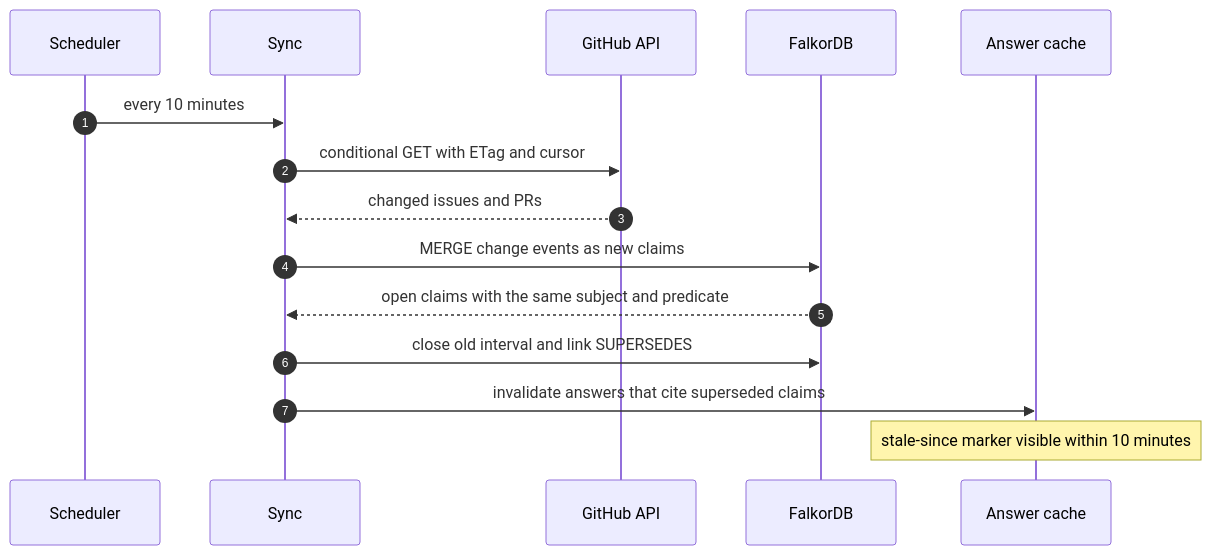
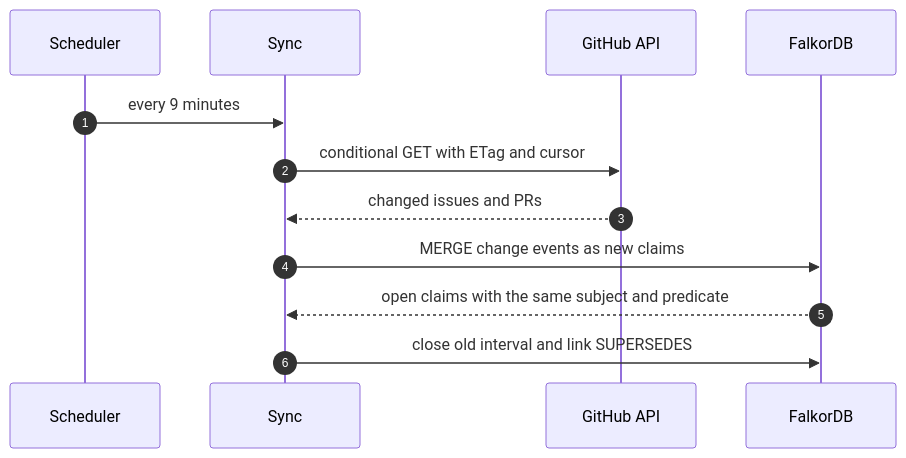
The fifth of 5 diagrams in README.md (simon-derock/constellation), drawn with Mermaid before and after one commit. The commit also changed other lines of this file and 1 other file, not shown here.

First line of the commit message:
Rewrite the README around the graph that is actually built

````diff
--- a/README.md
+++ b/README.md
@@ -335,17 +298,14 @@
 ```mermaid
 sequenceDiagram
   autonumber
   participant CR as Scheduler
   participant SY as Sync
   participant GH as GitHub API
   participant FDB as FalkorDB
-  participant CA as Answer cache
-  CR->>SY: every 10 minutes
+  CR->>SY: every 9 minutes
   SY->>GH: conditional GET with ETag and cursor
   GH-->>SY: changed issues and PRs
   SY->>FDB: MERGE change events as new claims
   FDB-->>SY: open claims with the same subject and predicate
   SY->>FDB: close old interval and link SUPERSEDES
-  SY->>CA: invalidate answers that cite superseded claims
-  Note over CA: stale-since marker visible within 10 minutes
 ```
````
